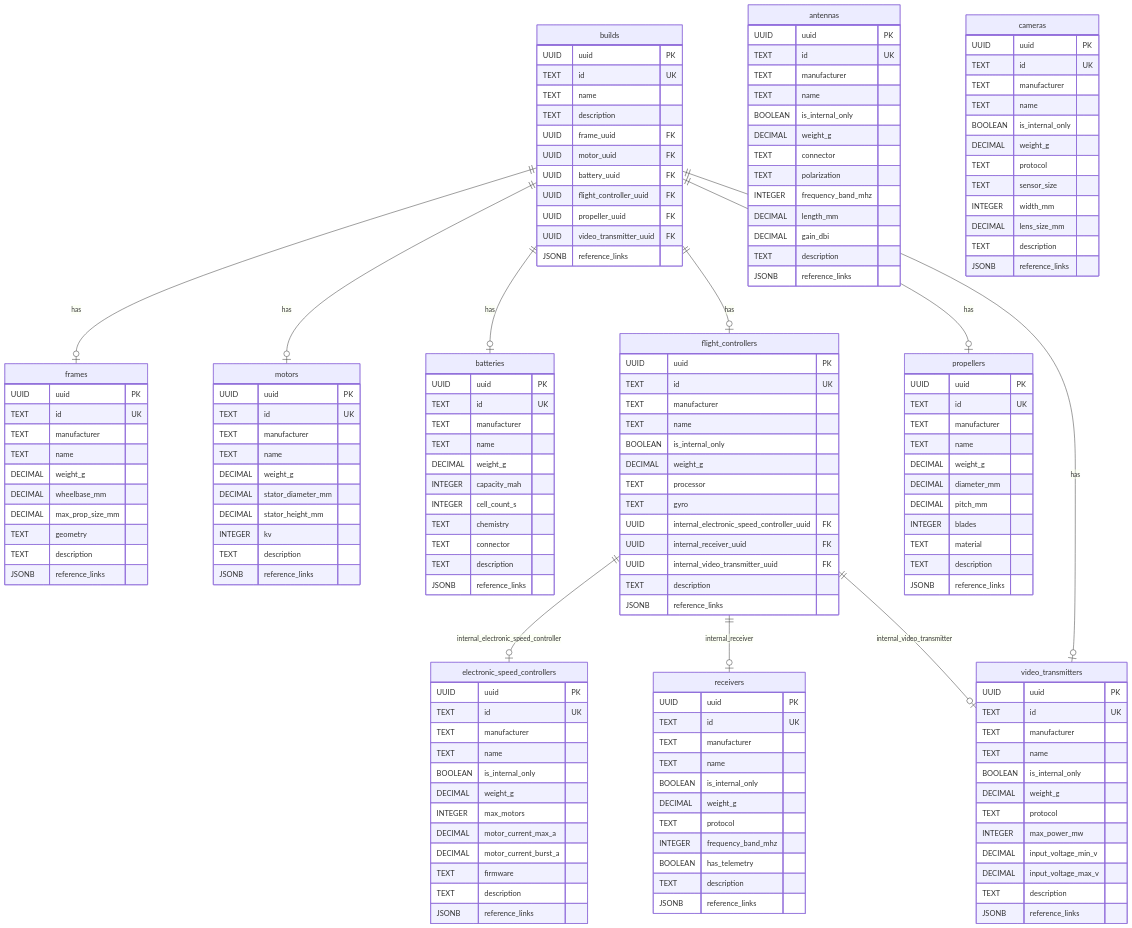
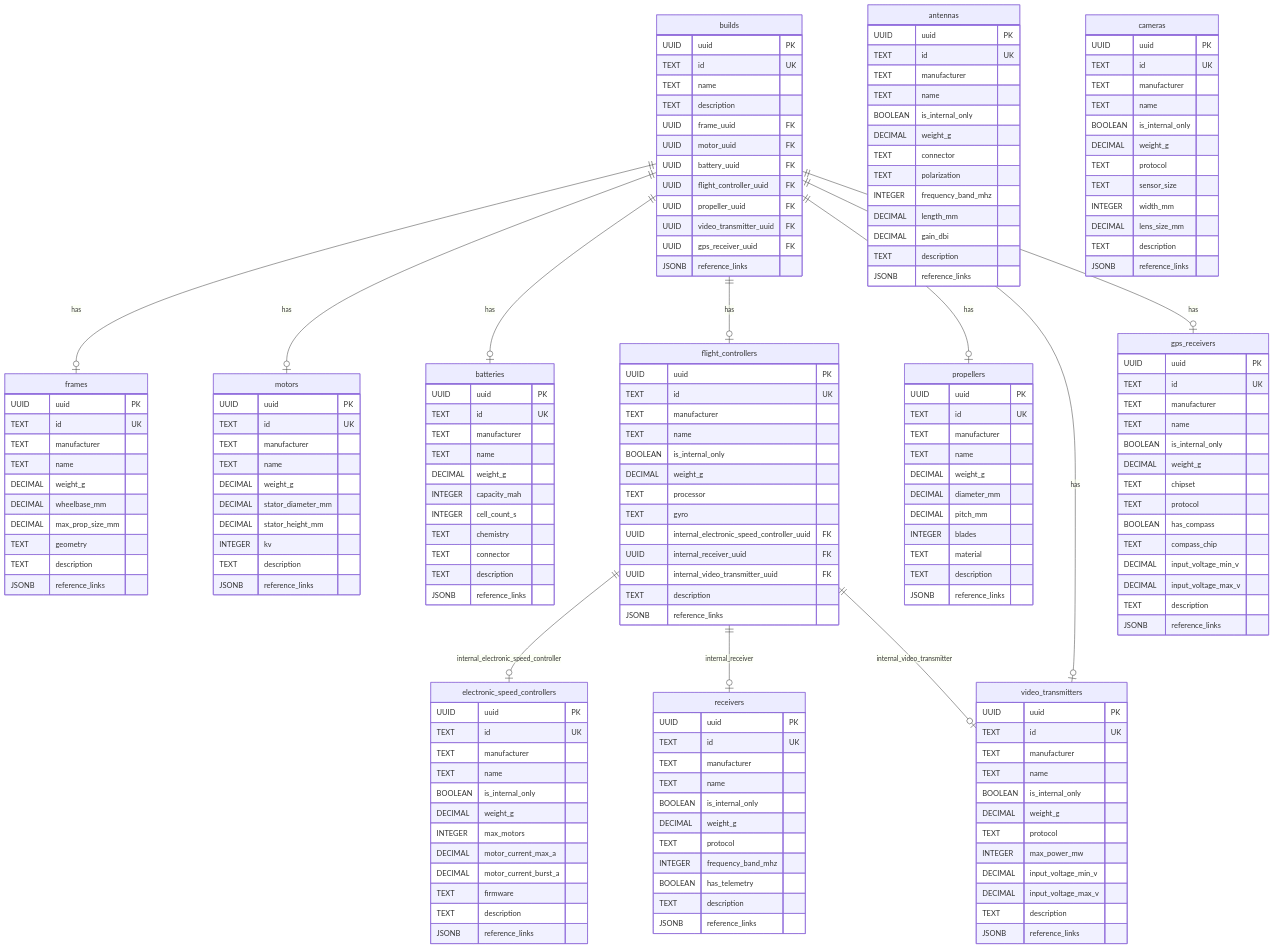
Before and after one commit to rohitramu/quadsmith: the diagram in src/backend/db/diagram.mermaid, drawn with Mermaid. The commit also changed 20 other files, not shown here.

Commit message:
Add gps_receivers collection and populate with popular FPV GPS modules

```diff
--- a/src/backend/db/diagram.mermaid
+++ b/src/backend/db/diagram.mermaid
@@ -1,170 +1,189 @@
 erDiagram
     builds {
         UUID uuid PK
         TEXT id UK
         TEXT name
         TEXT description
         UUID frame_uuid FK
         UUID motor_uuid FK
         UUID battery_uuid FK
         UUID flight_controller_uuid FK
         UUID propeller_uuid FK
         UUID video_transmitter_uuid FK
+        UUID gps_receiver_uuid FK
         JSONB reference_links
     }
 
     motors {
         UUID uuid PK
         TEXT id UK
         TEXT manufacturer
         TEXT name
         DECIMAL weight_g
         DECIMAL stator_diameter_mm
         DECIMAL stator_height_mm
         INTEGER kv
         TEXT description
         JSONB reference_links
     }
 
     frames {
         UUID uuid PK
         TEXT id UK
         TEXT manufacturer
         TEXT name
         DECIMAL weight_g
         DECIMAL wheelbase_mm
         DECIMAL max_prop_size_mm
         TEXT geometry
         TEXT description
         JSONB reference_links
     }
 
     batteries {
         UUID uuid PK
         TEXT id UK
         TEXT manufacturer
         TEXT name
         DECIMAL weight_g
         INTEGER capacity_mah
         INTEGER cell_count_s
         TEXT chemistry
         TEXT connector
         TEXT description
         JSONB reference_links
     }
 
     flight_controllers {
         UUID uuid PK
         TEXT id UK
         TEXT manufacturer
         TEXT name
         BOOLEAN is_internal_only
         DECIMAL weight_g
         TEXT processor
         TEXT gyro
         UUID internal_electronic_speed_controller_uuid FK
         UUID internal_receiver_uuid FK
         UUID internal_video_transmitter_uuid FK
         TEXT description
         JSONB reference_links
     }
 
     electronic_speed_controllers {
         UUID uuid PK
         TEXT id UK
         TEXT manufacturer
         TEXT name
         BOOLEAN is_internal_only
         DECIMAL weight_g
         INTEGER max_motors
         DECIMAL motor_current_max_a
         DECIMAL motor_current_burst_a
         TEXT firmware
         TEXT description
         JSONB reference_links
     }
 
     receivers {
         UUID uuid PK
         TEXT id UK
         TEXT manufacturer
         TEXT name
         BOOLEAN is_internal_only
         DECIMAL weight_g
         TEXT protocol
         INTEGER frequency_band_mhz
         BOOLEAN has_telemetry
         TEXT description
         JSONB reference_links
     }
 
     video_transmitters {
         UUID uuid PK
         TEXT id UK
         TEXT manufacturer
         TEXT name
         BOOLEAN is_internal_only
         DECIMAL weight_g
         TEXT protocol
         INTEGER max_power_mw
         DECIMAL input_voltage_min_v
         DECIMAL input_voltage_max_v
         TEXT description
         JSONB reference_links
     }
 
     antennas {
         UUID uuid PK
         TEXT id UK
         TEXT manufacturer
         TEXT name
         BOOLEAN is_internal_only
         DECIMAL weight_g
         TEXT connector
         TEXT polarization
         INTEGER frequency_band_mhz
         DECIMAL length_mm
         DECIMAL gain_dbi
         TEXT description
         JSONB reference_links
     }
 
     propellers {
         UUID uuid PK
         TEXT id UK
         TEXT manufacturer
         TEXT name
         DECIMAL weight_g
         DECIMAL diameter_mm
         DECIMAL pitch_mm
         INTEGER blades
         TEXT material
         TEXT description
         JSONB reference_links
     }
 
     cameras {
         UUID uuid PK
         TEXT id UK
         TEXT manufacturer
         TEXT name
         BOOLEAN is_internal_only
         DECIMAL weight_g
         TEXT protocol
         TEXT sensor_size
         INTEGER width_mm
         DECIMAL lens_size_mm
         TEXT description
         JSONB reference_links
     }
 
+    gps_receivers {
+        UUID uuid PK
+        TEXT id UK
+        TEXT manufacturer
+        TEXT name
+        BOOLEAN is_internal_only
+        DECIMAL weight_g
+        TEXT chipset
+        TEXT protocol
+        BOOLEAN has_compass
+        TEXT compass_chip
+        DECIMAL input_voltage_min_v
+        DECIMAL input_voltage_max_v
+        TEXT description
+        JSONB reference_links
+    }
+
     builds ||--o| frames : has
     builds ||--o| motors : has
     builds ||--o| batteries : has
     builds ||--o| flight_controllers : has
     builds ||--o| propellers : has
     builds ||--o| video_transmitters : has
+    builds ||--o| gps_receivers : has
 
     flight_controllers ||--o| electronic_speed_controllers : internal_electronic_speed_controller
     flight_controllers ||--o| receivers : internal_receiver
     flight_controllers ||--o| video_transmitters : internal_video_transmitter
```
